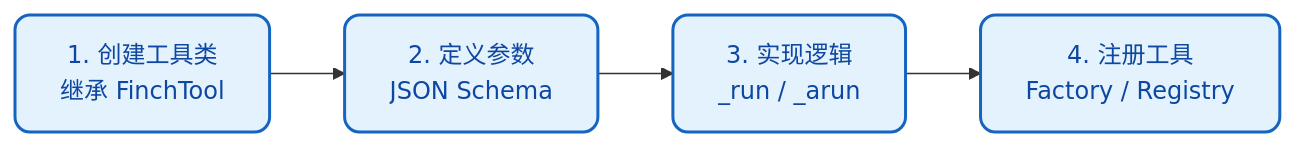
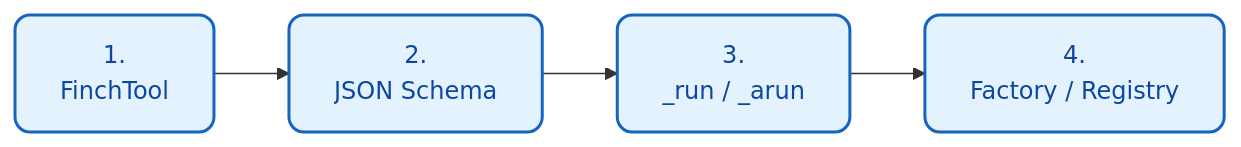
One commit to xt765/FinchBot changed the first of 4 diagrams in docs/zh-CN/guide/extension.md. Above: the diagram before and after it, drawn with Mermaid. The commit also changed other lines of this file and 17 other files, not shown here.

````diff
--- a/docs/zh-CN/guide/extension.md
+++ b/docs/zh-CN/guide/extension.md
@@ -21,8 +21,8 @@
 ```mermaid
 flowchart LR
     classDef step fill:#e3f2fd,stroke:#1565c0,stroke-width:2px,color:#0d47a1,rx:10,ry:10;
 
-    A["1. 创建工具类<br/>继承 FinchTool"]:::step --> B["2. 定义参数<br/>JSON Schema"]:::step
-    B --> C["3. 实现逻辑<br/>_run / _arun"]:::step
-    C --> D["4. 注册工具<br/>Factory / Registry"]:::step
+    A["1. <br/> FinchTool"]:::step --> B["2. <br/>JSON Schema"]:::step
+    B --> C["3. <br/>_run / _arun"]:::step
+    C --> D["4. <br/>Factory / Registry"]:::step
 ```
````
